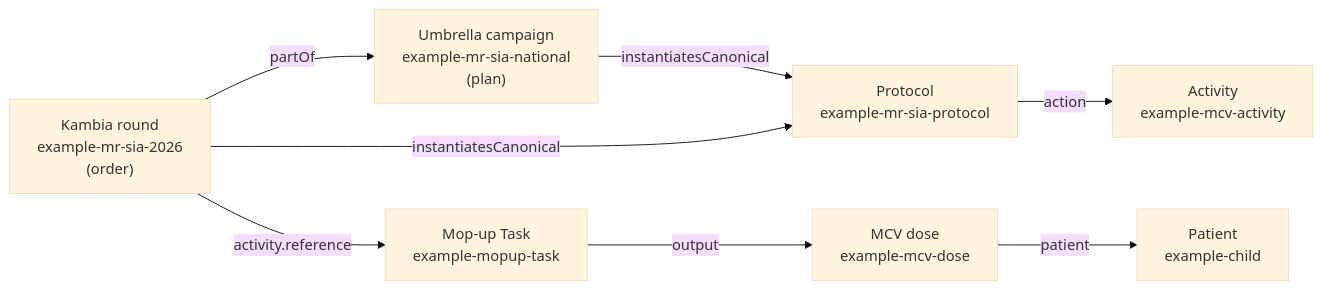
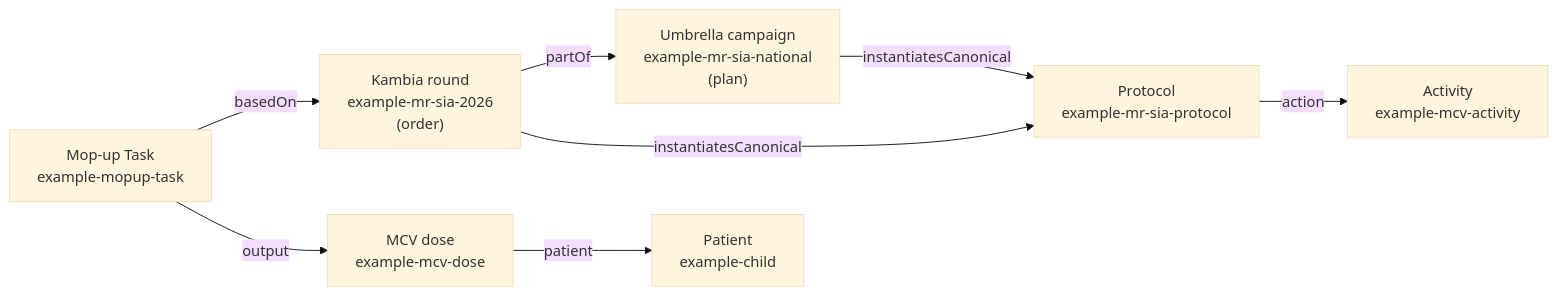
The fourth of 4 diagrams in project/ig-summary.md (recodelabs/icr), drawn with Mermaid (base theme) before and after one commit. The commit also changed other lines of this file and 5 other files, not shown here.

First line of the commit message:
Task reference roles: target on for, campaign link on basedOn

````diff
--- a/project/ig-summary.md
+++ b/project/ig-summary.md
@@ -2106,17 +2098,17 @@
 ```mermaid
 graph LR
     P["Protocol<br/>example-mr-sia-protocol"]
     A["Activity<br/>example-mcv-activity"]
     U["Umbrella campaign<br/>example-mr-sia-national<br/>(plan)"]
     R["Kambia round<br/>example-mr-sia-2026<br/>(order)"]
     T["Mop-up Task<br/>example-mopup-task"]
     D["MCV dose<br/>example-mcv-dose"]
     C["Patient<br/>example-child"]
     P -- action --> A
     U -- instantiatesCanonical --> P
     R -- partOf --> U
     R -- instantiatesCanonical --> P
-    R -- activity.reference --> T
+    T -- basedOn --> R
     T -- output --> D
     D -- patient --> C
 ```
````
